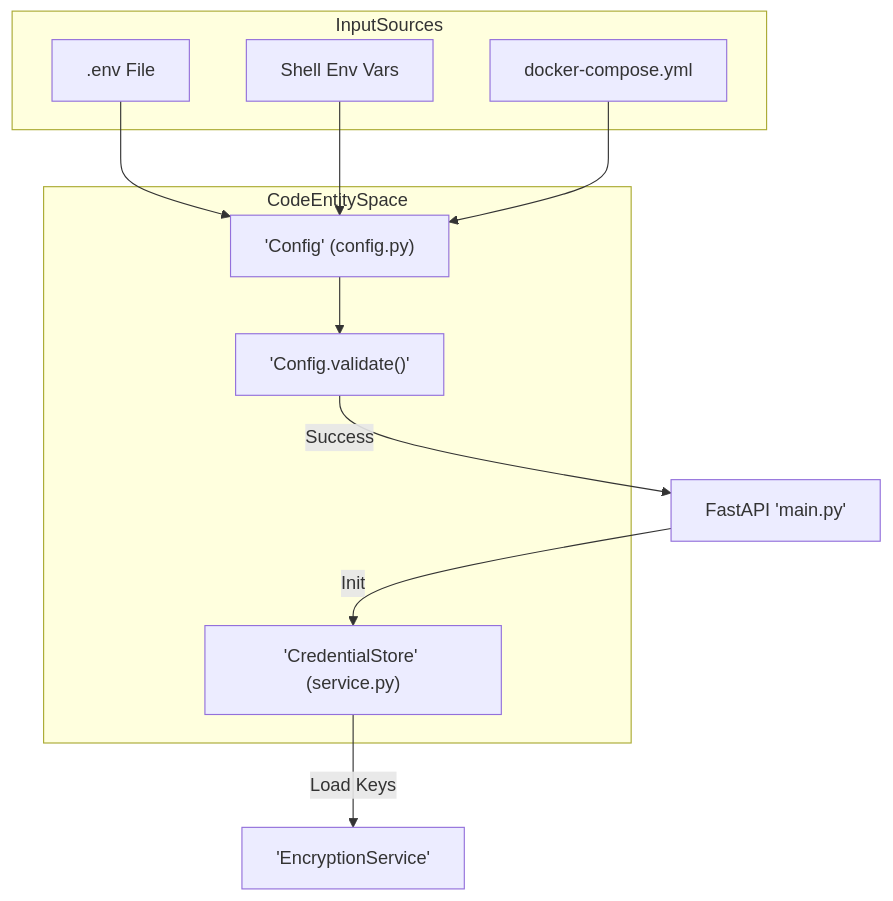
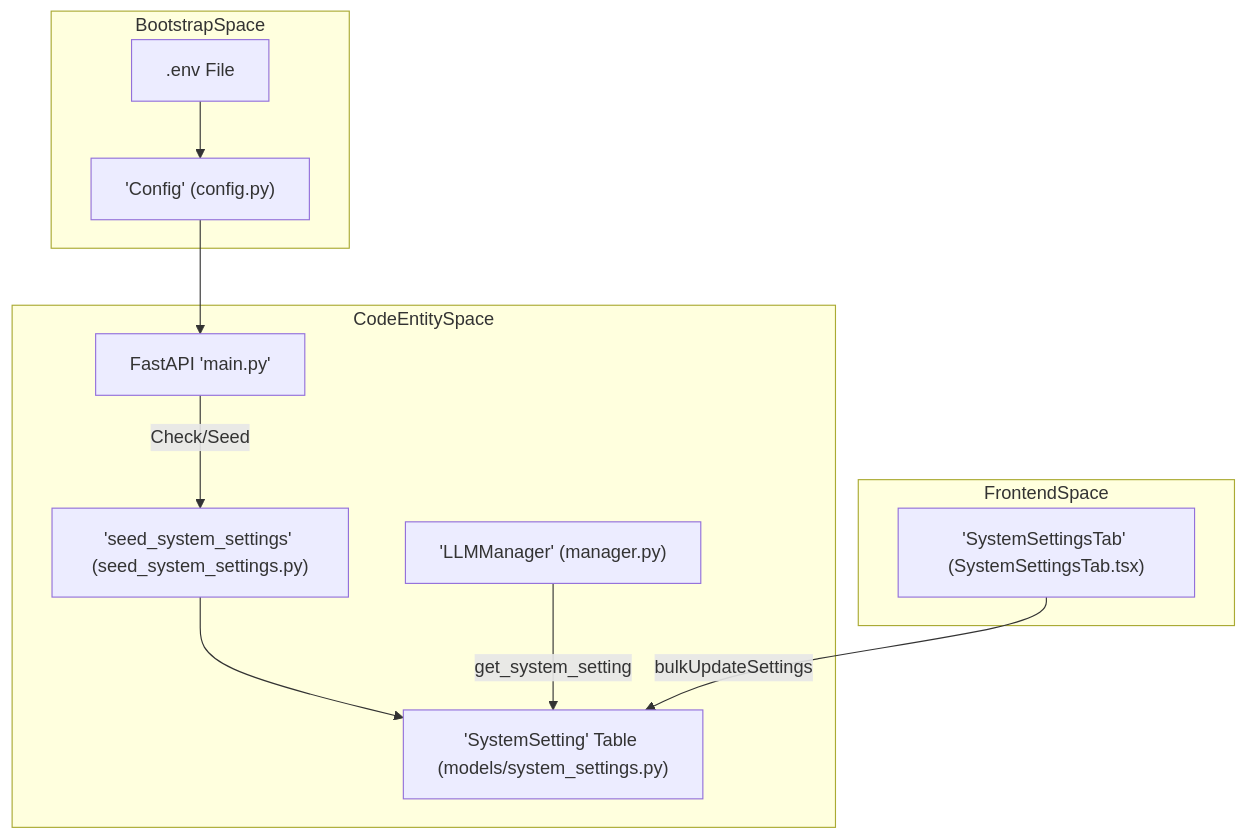
One commit to AutomatosAI/automatos-ai changed the diagram in docs/getting-started/configuration-guide.md. Above: the diagram before and after it, drawn with Mermaid. The commit also changed other lines of this file and 153 other files, not shown here.

````diff
--- a/docs/getting-started/configuration-guide.md
+++ b/docs/getting-started/configuration-guide.md
@@ -39,24 +42,26 @@
 ```mermaid
 graph TB
-    subgraph "InputSources"
+    subgraph "BootstrapSpace"
         EnvFile[".env File"]
-        ShellVars["Shell Env Vars"]
-        DockerCompose["docker-compose.yml"]
+        ConfigClass["'Config' (config.py)"]
     end
 
     subgraph "CodeEntitySpace"
-        ConfigClass["'Config' (config.py)"]
-        Validation["'Config.validate()'"]
-        CredentialStore["'CredentialStore' (service.py)"]
+        AppStartup["FastAPI 'main.py'"]
+        LLMManager["'LLMManager' (manager.py)"]
+        SysSeed["'seed_system_settings' (seed_system_settings.py)"]
+        DB_Settings["'SystemSetting' Table (models/system_settings.py)"]
+    end
+
+    subgraph "FrontendSpace"
+        SettingsUI["'SystemSettingsTab' (SystemSettingsTab.tsx)"]
     end
 
     EnvFile --> ConfigClass
-    ShellVars --> ConfigClass
-    DockerCompose --> ConfigClass
+    ConfigClass --> AppStartup
+    AppStartup -->|"Check/Seed"| SysSeed
+    SysSeed --> DB_Settings
     
-    ConfigClass --> Validation
-    Validation -->|"Success"| AppStartup["FastAPI 'main.py'"]
-    
-    AppStartup -->|"Init"| CredentialStore
-    CredentialStore -->|"Load Keys"| Encryption["'EncryptionService'"]
+    LLMManager -->|"get_system_setting"| DB_Settings
+    SettingsUI -->|"bulkUpdateSettings"| DB_Settings
 ```
````
